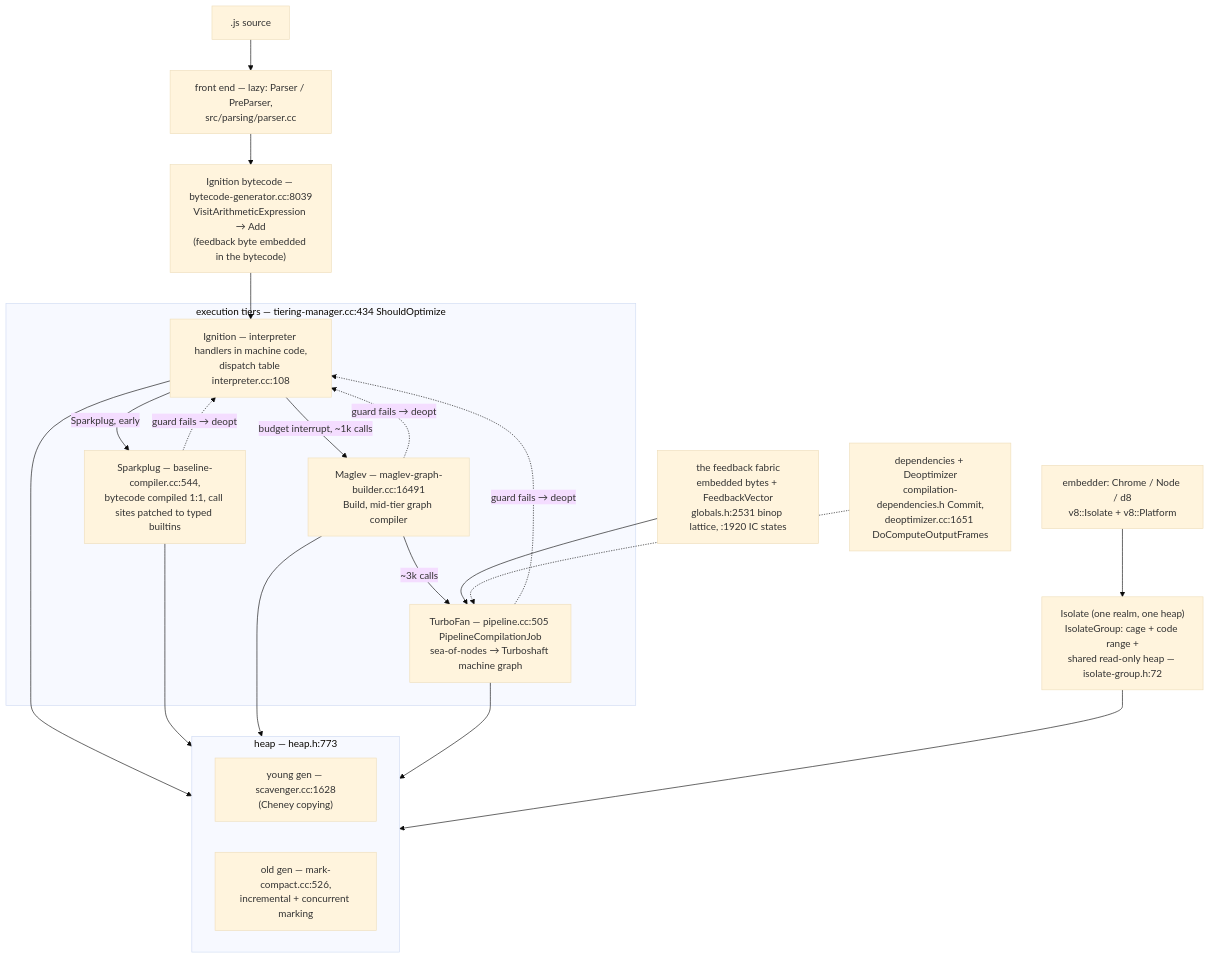
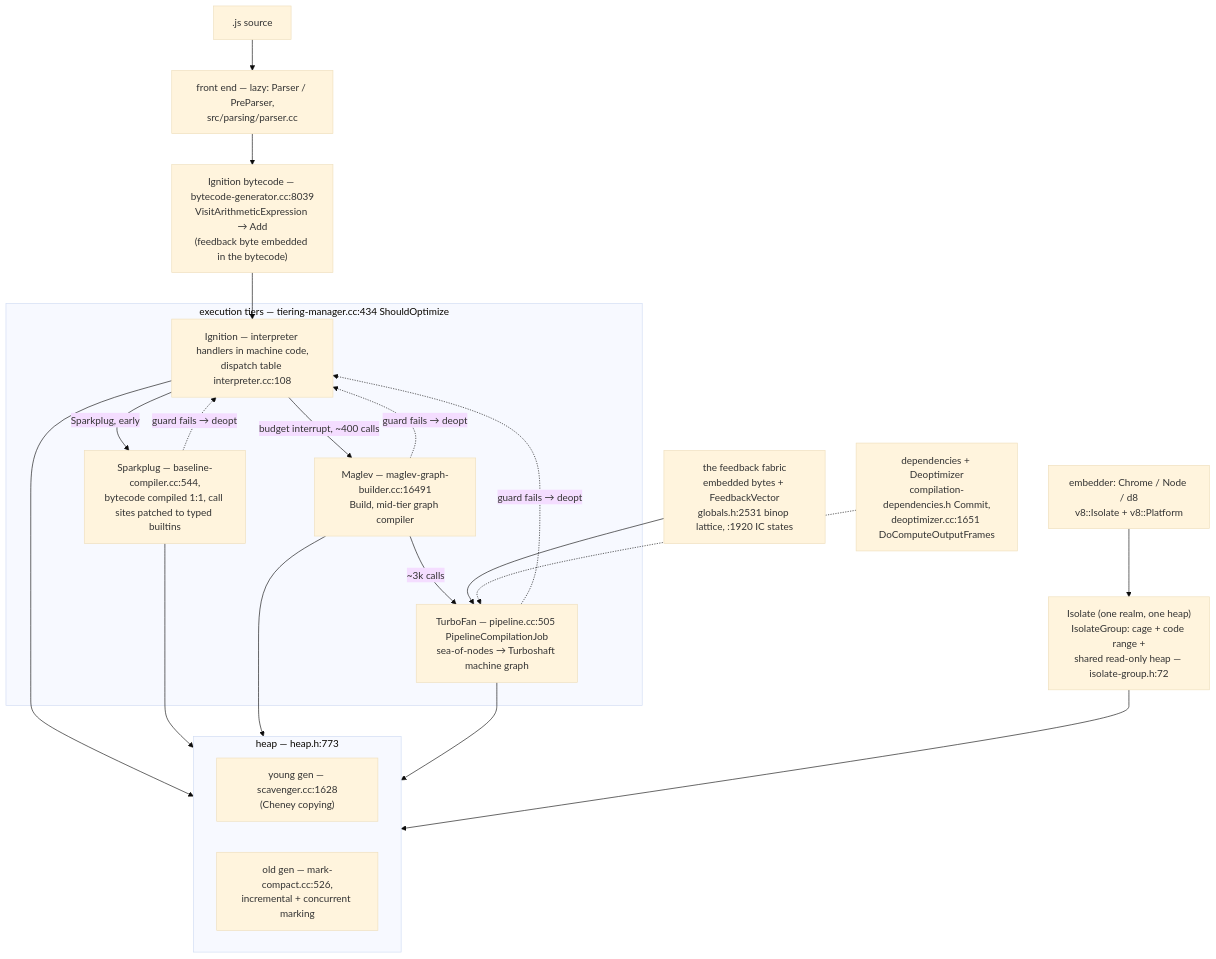
One commit to acailic/system-design-atlas changed the first of 3 diagrams in deep-dives/v8.md. Above: the diagram before and after it, drawn with Mermaid (base theme). The commit also changed other lines of this file and 1 other file, not shown here.

````diff
--- a/deep-dives/v8.md
+++ b/deep-dives/v8.md
@@ -66,31 +66,31 @@
 ```mermaid
 flowchart TD
     SRC[".js source"]
     FE["front end — lazy: Parser / PreParser,<br/>src/parsing/parser.cc"]
     IGN["Ignition bytecode — bytecode-generator.cc:8039<br/>VisitArithmeticExpression → Add<br/>(feedback byte embedded in the bytecode)"]
     subgraph tiers["execution tiers — tiering-manager.cc:434 ShouldOptimize"]
         T1["Ignition — interpreter handlers in machine code,<br/>dispatch table interpreter.cc:108"]
         T2["Sparkplug — baseline-compiler.cc:544,<br/>bytecode compiled 1:1, call sites patched to typed builtins"]
         T3["Maglev — maglev-graph-builder.cc:16491<br/>Build, mid-tier graph compiler"]
         T4["TurboFan — pipeline.cc:505 PipelineCompilationJob<br/>sea-of-nodes → Turboshaft machine graph"]
     end
     FB["the feedback fabric<br/>embedded bytes + FeedbackVector<br/>globals.h:2531 binop lattice, :1920 IC states"]
     DEP["dependencies + Deoptimizer<br/>compilation-dependencies.h Commit,<br/>deoptimizer.cc:1651 DoComputeOutputFrames"]
     subgraph heapc["heap — heap.h:773"]
         NEW["young gen — scavenger.cc:1628<br/>(Cheney copying)"]
         OLD["old gen — mark-compact.cc:526,<br/>incremental + concurrent marking"]
     end
     ISO["Isolate (one realm, one heap)<br/>IsolateGroup: cage + code range +<br/>shared read-only heap — isolate-group.h:72"]
     EMB["embedder: Chrome / Node / d8<br/>v8::Isolate + v8::Platform"]
 
     SRC --> FE --> IGN --> T1
-    T1 -->|"budget interrupt, ~1k calls"| T3
+    T1 -->|"budget interrupt, ~400 calls"| T3
     T1 -->|"Sparkplug, early"| T2
     T3 -->|"~3k calls"| T4
     T2 & T3 & T4 -.->|"guard fails → deopt"| T1
     FB --> T4
     DEP -.-> T4
     T1 & T2 & T3 & T4 --> heapc
     ISO --> heapc
     EMB --> ISO
 ```
````
